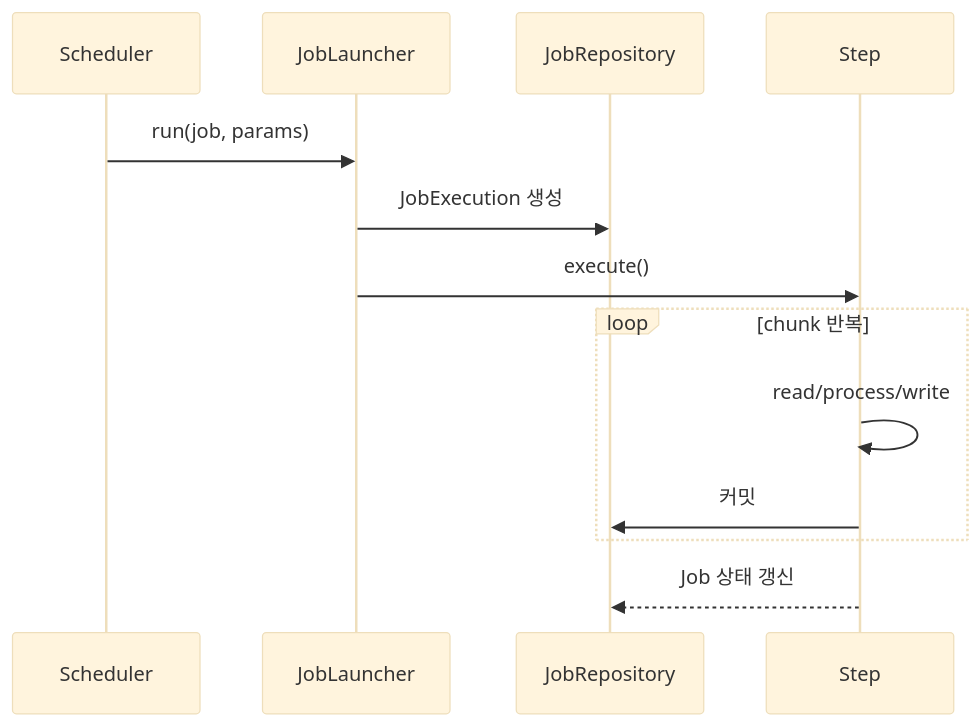
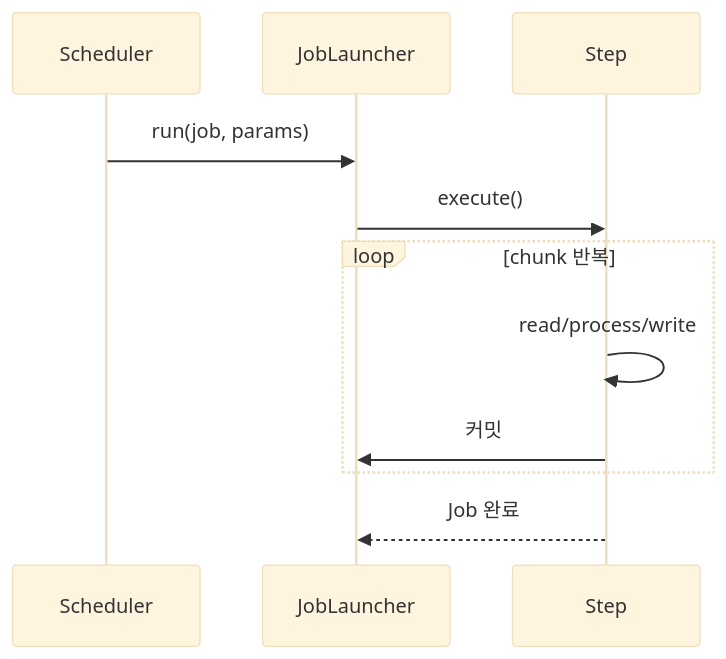
One commit to yjkim2015/yjkim2015.github.io changed the fifth of 5 diagrams in _posts/batch/2026-05-03-spring-batch-fundamentals.md. Above: the diagram before and after it, drawn with Mermaid (base theme). The commit also changed other lines of this file and 155 other files, not shown here.

First line of the commit message:
Mermaid 전면 수정: subgraph 제거, participant/노드/줄수 축소 (342블록)

````diff
--- a/_posts/batch/2026-05-03-spring-batch-fundamentals.md
+++ b/_posts/batch/2026-05-03-spring-batch-fundamentals.md
@@ -234,15 +232,13 @@
 ```mermaid
 sequenceDiagram
     participant SC as Scheduler
     participant JL as JobLauncher
-    participant JR as JobRepository
     participant ST as Step
     SC->>JL: run(job, params)
-    JL->>JR: JobExecution 생성
     JL->>ST: execute()
     loop chunk 반복
         ST->>ST: read/process/write
-        ST->>JR: 커밋
+        ST->>JL: 커밋
     end
-    ST-->>JR: Job 상태 갱신
+    ST-->>JL: Job 완료
 ```
````
